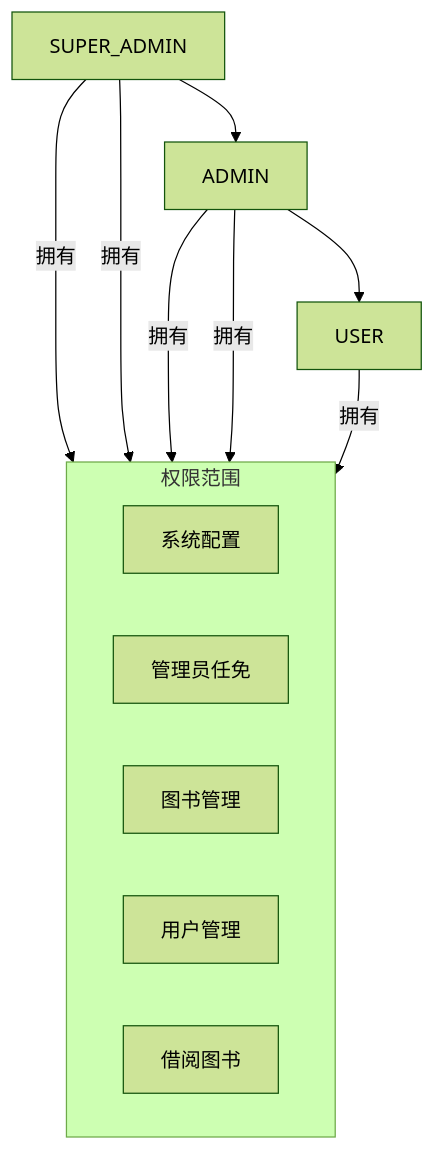
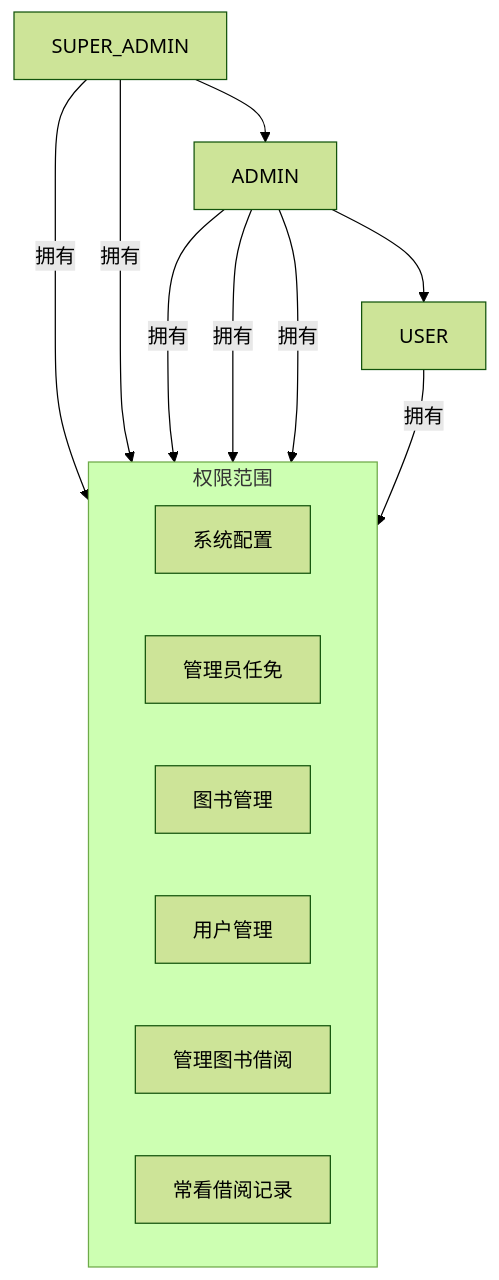
Before and after one commit to Sereinxm/book-manger: the fourth of 7 diagrams in README.md, drawn with Mermaid (forest theme). The commit also changed other lines of this file and 73 other files, not shown here.

Commit message:
实现基本的用户管理，图书借阅，图书管理，系统配置管理

````diff
--- a/README.md
+++ b/README.md
@@ -465,16 +453,17 @@
 ```mermaid
 graph TD
     SUPER_ADMIN --> ADMIN;
     ADMIN --> USER;
     subgraph 权限范围
         direction LR
         P1[系统配置]
         P2[管理员任免]
         P3[图书管理]
         P4[用户管理]
-        P5[借阅图书]
+        P5[管理图书借阅]
+        P6[常看借阅记录]
     end
     SUPER_ADMIN -- "拥有" --> P1 & P2
-    ADMIN -- "拥有" --> P3 & P4
-    USER -- "拥有" --> P5
+    ADMIN -- "拥有" --> P3 & P4 & P5
+    USER -- "拥有" --> P6
 ```
````
